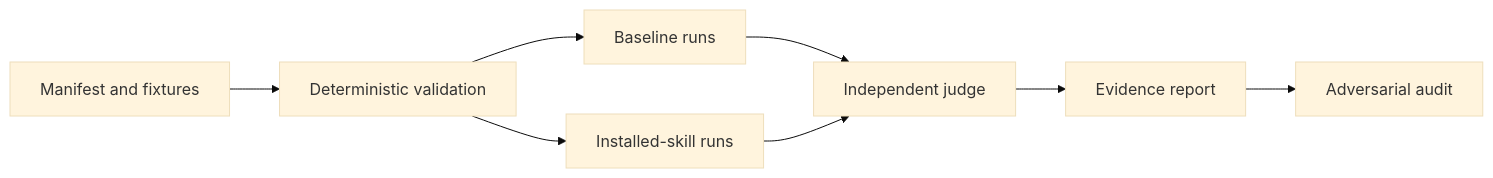
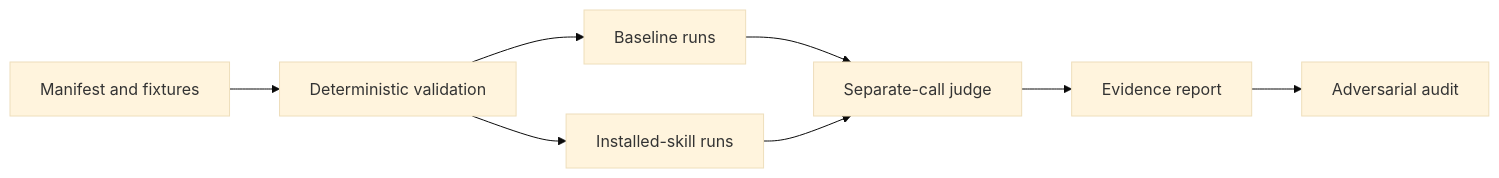
The fourth of 4 diagrams in README.md (abdul-shaikh-dev/code-territory-guide), drawn with Mermaid (base theme) before and after one commit. The commit also changed 16 other files, not shown here.

````diff
--- a/README.md
+++ b/README.md
@@ -129,10 +129,10 @@
 ```mermaid
 flowchart LR
     M[Manifest and fixtures] --> V[Deterministic validation]
     V --> B[Baseline runs]
     V --> T[Installed-skill runs]
-    B --> J[Independent judge]
+    B --> J[Separate-call judge]
     T --> J
     J --> R[Evidence report]
     R --> A[Adversarial audit]
 ```
````
